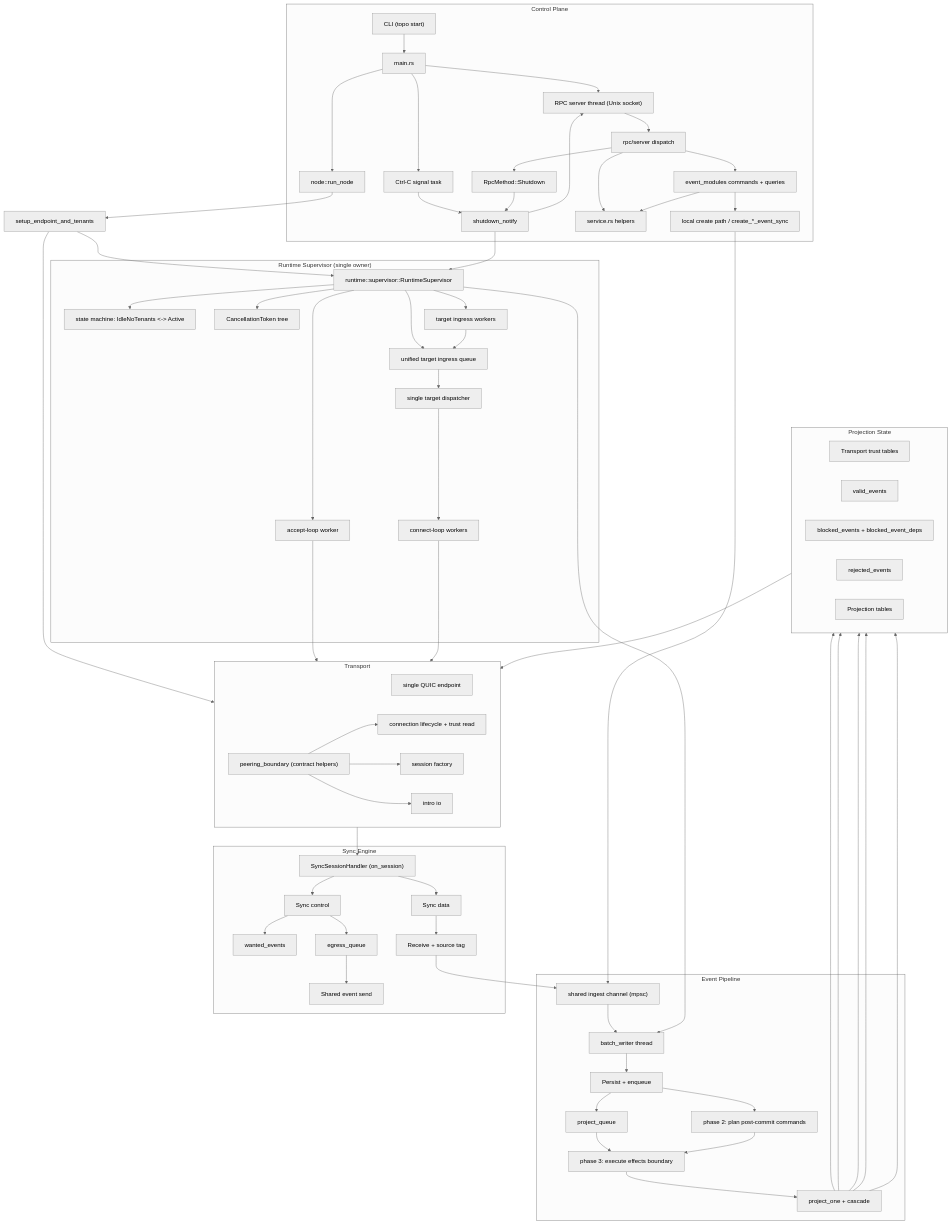
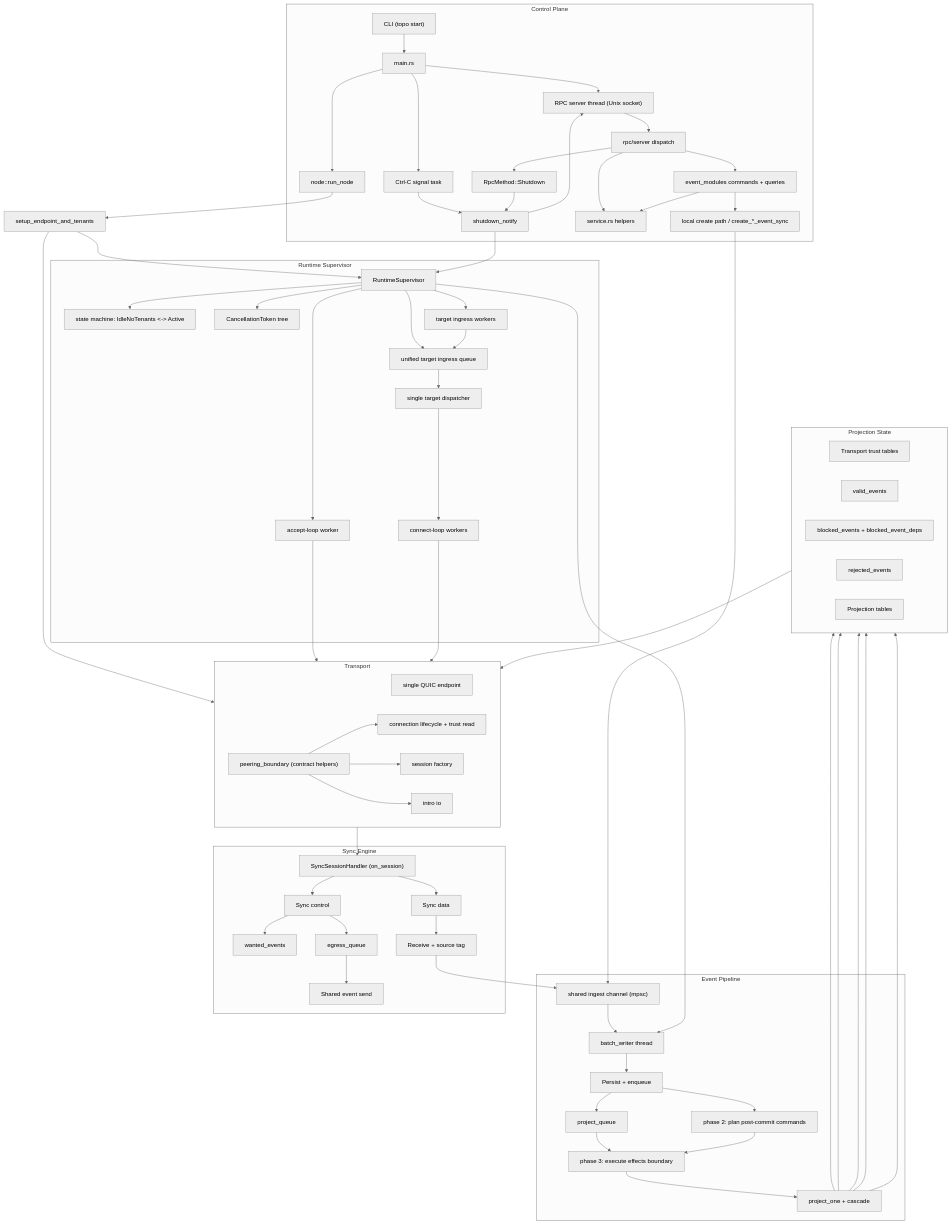
The fifth of 5 diagrams in docs/CURRENT_RUNTIME_DIAGRAM.md (holmesworcester/topo), drawn with Mermaid (neutral theme) before and after one commit. The commit also changed other lines of this file, not shown here.

Commit message:
Align runtime supervisor labeling across diagrams

```diff
--- a/docs/CURRENT_RUNTIME_DIAGRAM.md
+++ b/docs/CURRENT_RUNTIME_DIAGRAM.md
@@ -140,8 +142,8 @@
 
     START["setup_endpoint_and_tenants"]
 
-    subgraph RUNTIME_SUP["Runtime Supervisor (single owner)"]
-      RSUP["runtime::supervisor::RuntimeSupervisor"]
+    subgraph RUNTIME_SUP["Runtime Supervisor"]
+      RSUP["RuntimeSupervisor"]
       RSTATE["state machine: IdleNoTenants <-> Active"]
       RCANCEL["CancellationToken tree"]
       TARGET_Q["unified target ingress queue"]
```
